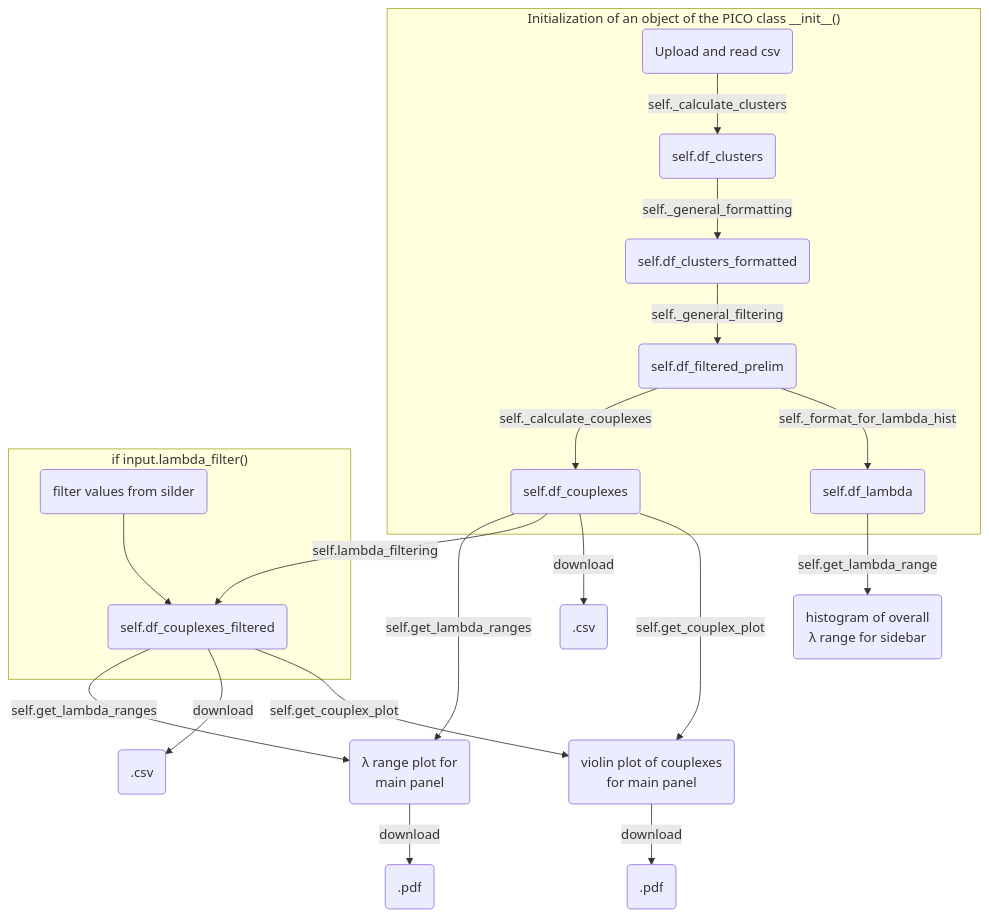
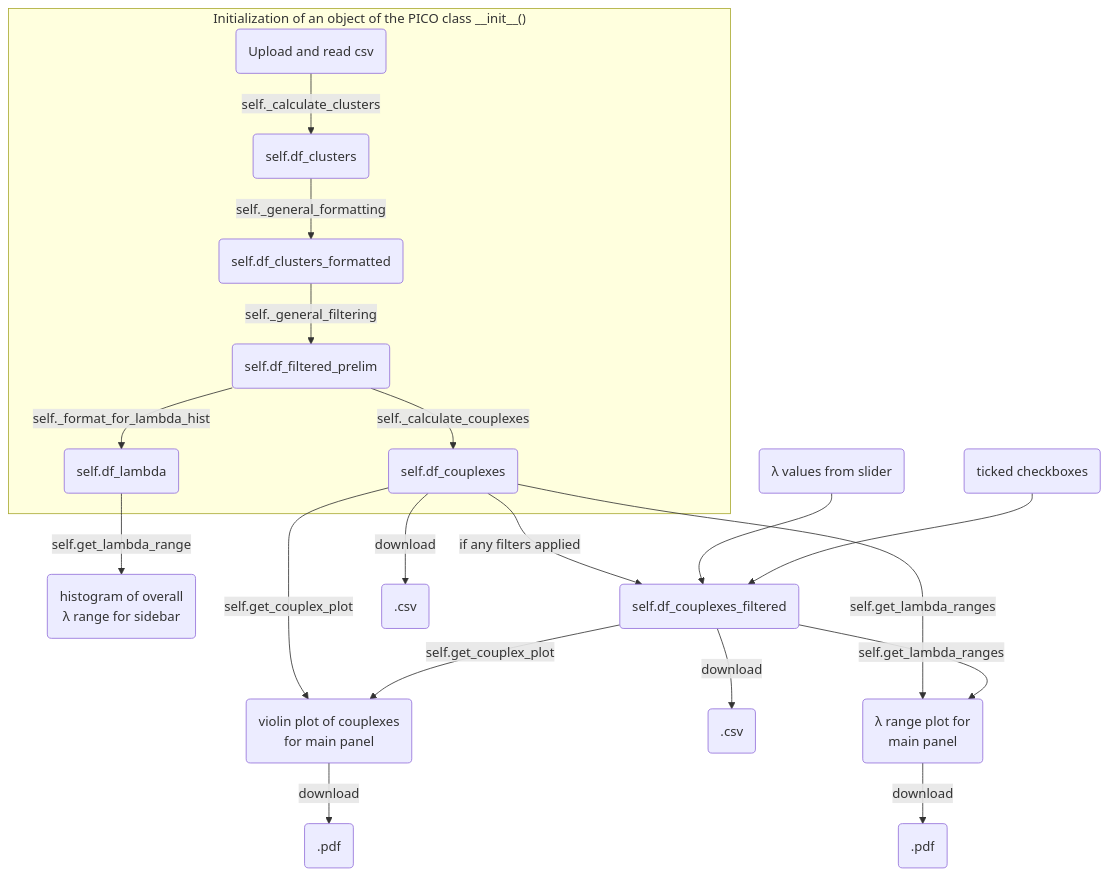
Before and after one commit to LangeTo/calculations-pico: the diagram in README.md, drawn with Mermaid. The commit also changed other lines of this file and 4 other files, not shown here.

````diff
--- a/README.md
+++ b/README.md
@@ -43,28 +45,22 @@
 ```mermaid
 graph TD;
-%% classDef sub opacity:0.5
-%% classDef note stroke:none
     subgraph init ["Initialization of an object of the PICO class __init__()"]
         A(Upload and read csv)-->|self._calculate_clusters|B(self.df_clusters);
         B-->|self._general_formatting|C(self.df_clusters_formatted);
         C-->|self._general_filtering|D(self.df_filtered_prelim);
         D-->|self._format_for_lambda_hist|E(self.df_lambda);
         D-->|self._calculate_couplexes|G(self.df_couplexes);
     end
-        E-->|self.get_lambda_range|F(histogram of overall\nλ range for sidebar);
-        G-->|self.get_couplex_plot|H(violin plot of couplexes\nfor main panel)
-        J-->|self.get_couplex_plot|H
-        H-->|download|K(.pdf)
-        G-->|download|L(.csv)
-        J-->|download|M(.csv)
-    subgraph lambda ["if input.lambda_filter()"]
-        G-->|self.lambda_filtering|J(self.df_couplexes_filtered)
-        I(filter values from silder)-->J
-    end
+    E-->|self.get_lambda_range|F(histogram of overall\nλ range for sidebar);
+    G-->|self.get_couplex_plot|H(violin plot of couplexes\nfor main panel)
+    J-->|self.get_couplex_plot|H
+    H-->|download|K(.pdf)
+    G-->|download|L(.csv)
+    J-->|download|M(.csv)
+    G-->|if any filters applied|J(self.df_couplexes_filtered)
+    I(λ values from slider)-->J
+    P(ticked checkboxes)-->J
     G-->|self.get_lambda_ranges|N(λ range plot for\nmain panel)
     J-->|self.get_lambda_ranges|N
     N-->|download|O(.pdf)
-
-
-    %% class noteA note   
 ```
````
